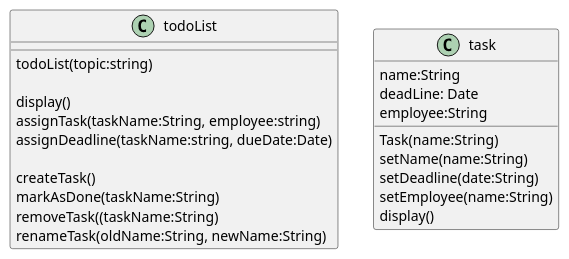
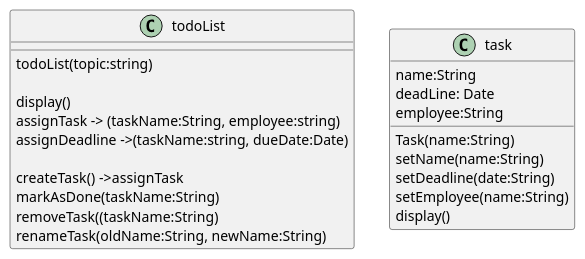
One commit to raymepersad/persad-cop3330-assignment_4 changed the diagram in listManager.puml. Above: the diagram before and after it, drawn with PlantUML. The commit also changed other lines of this file and 12 other files, not shown here.

```diff
--- a/listManager.puml
+++ b/listManager.puml
@@ -1,28 +7,28 @@
 @startuml
 'https://plantuml.com/sequence-diagram
 
 class todoList {
     todoList(topic:string)
 
     display()
-    assignTask(taskName:String, employee:string)
-    assignDeadline(taskName:string, dueDate:Date)
+    assignTask -> (taskName:String, employee:string)
+    assignDeadline ->(taskName:string, dueDate:Date)
 
-    createTask()
+    createTask() ->assignTask
     markAsDone(taskName:String)
     removeTask((taskName:String)
     renameTask(oldName:String, newName:String)
    }
 
 class task {
     name:String
     deadLine: Date
     employee:String
 
     Task(name:String)
     setName(name:String)
     setDeadline(date:String)
     setEmployee(name:String)
     display()
 }
 @enduml
```
